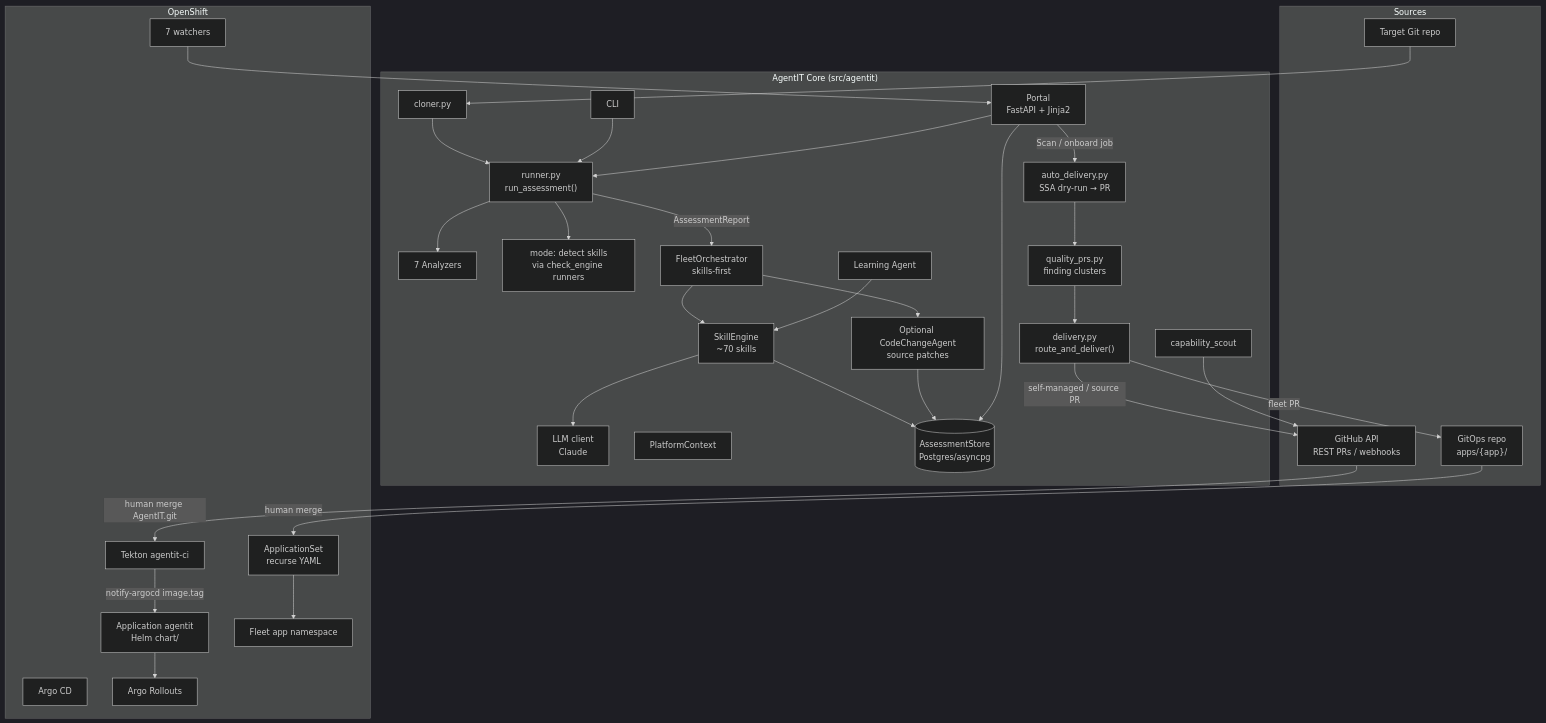
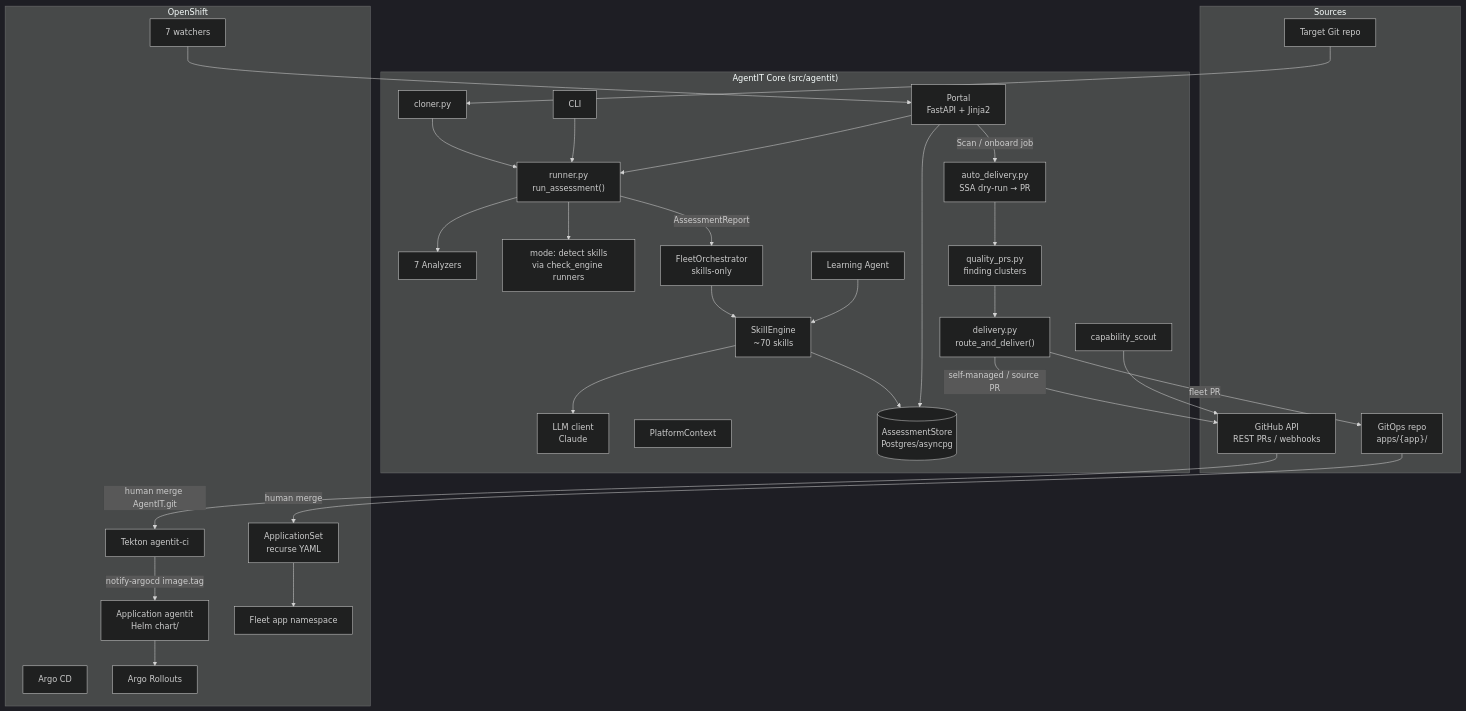
One commit to alimobrem/AgentIT changed the first of 3 diagrams in docs/architecture.md. Above: the diagram before and after it, drawn with Mermaid (dark theme). The commit also changed other lines of this file and 31 other files, not shown here.

First line of the commit message:
remove(agents): delete CodeChangeAgent, the last Python onboarding agent

````diff
--- a/docs/architecture.md
+++ b/docs/architecture.md
@@ -22,59 +22,57 @@
 ```mermaid
 graph TB
     subgraph Sources["Sources"]
         Repo["Target Git repo"]
         GH["GitHub API\nREST PRs / webhooks"]
         Gitops["GitOps repo\napps/{app}/"]
     end
 
     subgraph Core["AgentIT Core (src/agentit)"]
         CLI["CLI"]
         Portal["Portal\nFastAPI + Jinja2"]
         Cloner["cloner.py"]
         Runner["runner.py\nrun_assessment()"]
         Analyzers["7 Analyzers"]
         Detect["mode: detect skills\nvia check_engine runners"]
         SkillEngine["SkillEngine\n~70 skills"]
-        Orchestrator["FleetOrchestrator\nskills-first"]
-        Codechange["Optional CodeChangeAgent\nsource patches"]
+        Orchestrator["FleetOrchestrator\nskills-only"]
         Quality["quality_prs.py\nfinding clusters"]
         AutoDel["auto_delivery.py\nSSA dry-run → PR"]
         Delivery["delivery.py\nroute_and_deliver()"]
         LLM["LLM client\nClaude"]
         Learning["Learning Agent"]
         Platform["PlatformContext"]
         CapScout["capability_scout"]
         Store[("AssessmentStore\nPostgres/asyncpg")]
     end
 
     subgraph Cluster["OpenShift"]
         ArgoCD["Argo CD"]
         AppSet["ApplicationSet\nrecurse YAML"]
         AppSelf["Application agentit\nHelm chart/"]
         Rollout["Argo Rollouts"]
         Tekton["Tekton agentit-ci"]
         Watchers["7 watchers"]
         Target["Fleet app namespace"]
     end
 
     Repo --> Cloner --> Runner
     Runner --> Analyzers & Detect
     CLI & Portal --> Runner
     Runner -->|"AssessmentReport"| Orchestrator
     Orchestrator --> SkillEngine --> LLM
-    Orchestrator --> Codechange
-    SkillEngine & Codechange --> Store
+    SkillEngine --> Store
     Portal -->|"Scan / onboard job"| AutoDel
     AutoDel --> Quality --> Delivery
     Delivery -->|"fleet PR"| Gitops
     Delivery -->|"self-managed / source PR"| GH
     Gitops -->|"human merge"| AppSet
     GH -->|"human merge AgentIT.git"| Tekton
     Tekton -->|"notify-argocd image.tag"| AppSelf
     AppSet --> Target
     AppSelf --> Rollout
     Learning --> SkillEngine
     CapScout --> GH
     Watchers --> Portal
     Portal --> Store
 ```
````
